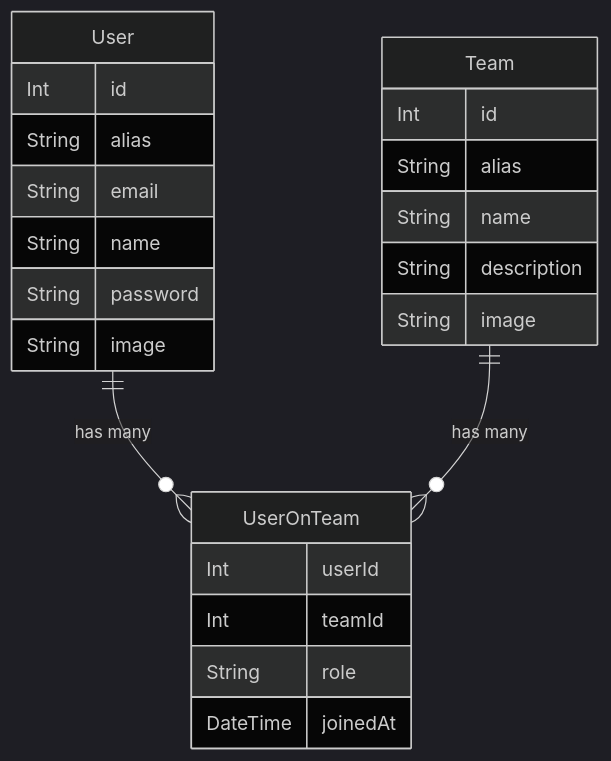
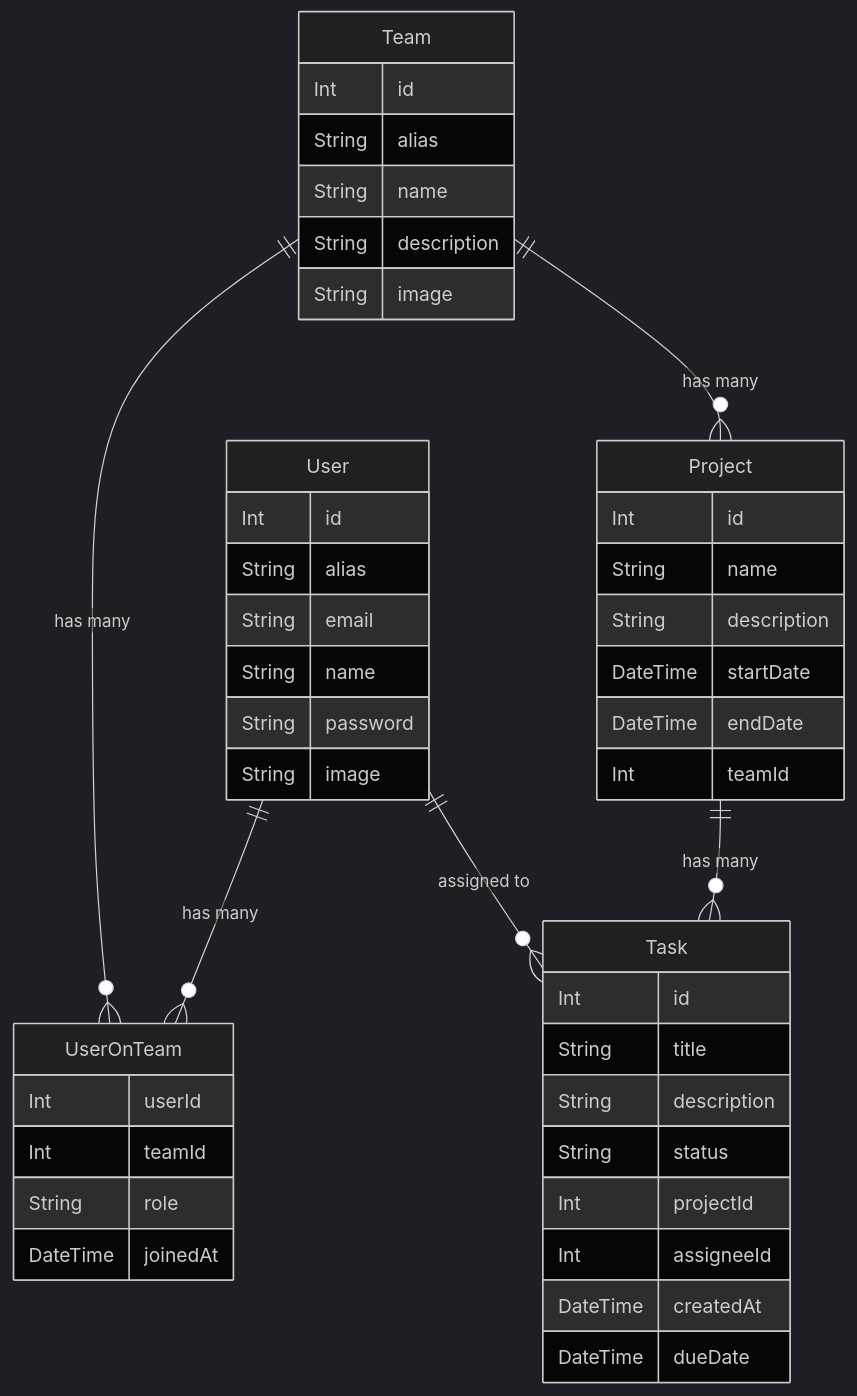
The diagram in README.md (rafaelguerrae/TeamSync), drawn with Mermaid (dark theme) before and after one commit. The commit also changed other lines of this file and 17 other files, not shown here.

````diff
--- a/README.md
+++ b/README.md
@@ -118,29 +130,52 @@
 ```mermaid
 erDiagram
     User ||--o{ UserOnTeam : "has many"
     Team ||--o{ UserOnTeam : "has many"
-    
+    Team ||--o{ Project : "has many"
+    Project ||--o{ Task : "has many"
+    User ||--o{ Task : "assigned to"
+
     User {
         Int id
         String alias
         String email
         String name
         String password
         String image
     }
-    
+
     Team {
         Int id
         String alias
         String name
         String description
         String image
     }
-    
+
     UserOnTeam {
         Int userId
         Int teamId
         String role
         DateTime joinedAt
     }
+
+    Project {
+        Int id
+        String name
+        String description
+        DateTime startDate
+        DateTime endDate
+        Int teamId
+    }
+
+    Task {
+        Int id
+        String title
+        String description
+        String status
+        Int projectId
+        Int assigneeId
+        DateTime createdAt
+        DateTime dueDate
+    }
 ```
````
